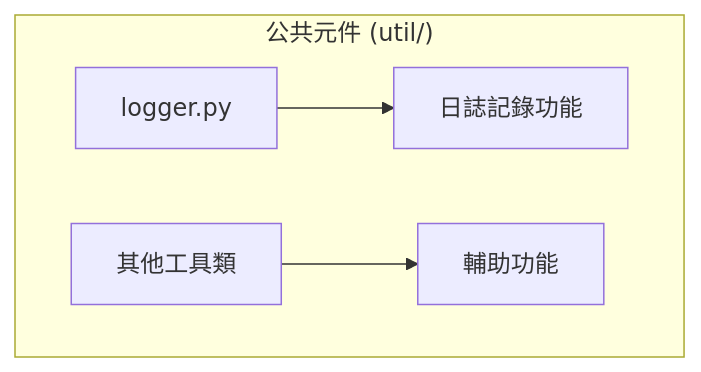
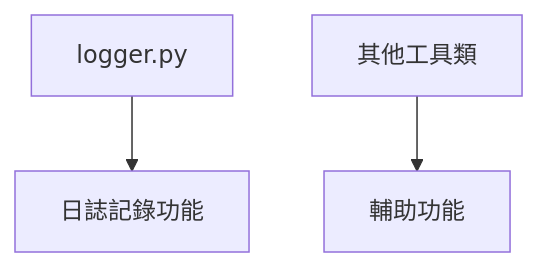
The fourth of 9 diagrams in orion_developer_document.md (MingYuan-Chen/orion_v2), drawn with Mermaid before and after one commit. The commit also changed other lines of this file, not shown here.

Commit message:
update developer document - flow chart display

````diff
--- a/orion_developer_document.md
+++ b/orion_developer_document.md
@@ -180,7 +174,8 @@
 ```mermaid
 graph TD
-    subgraph "公共元件 (util/)"
-        A[logger.py] --> A1[日誌記錄功能]
-        B[其他工具類] --> B1[輔助功能]
-    end
+    A[logger.py]
+    B[其他工具類]
+    
+    A --> A1[日誌記錄功能]
+    B --> B1[輔助功能]
 ```
````
